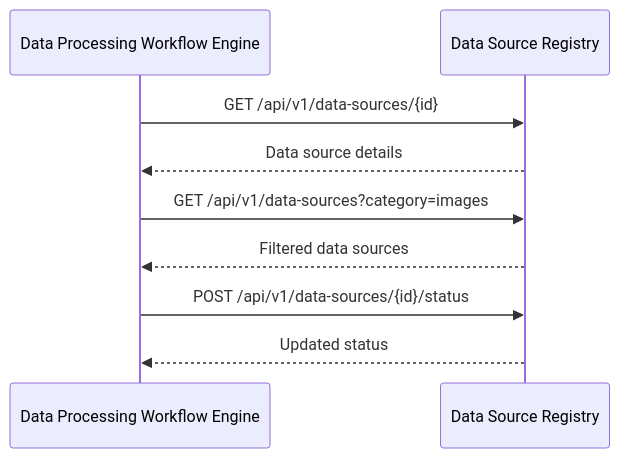
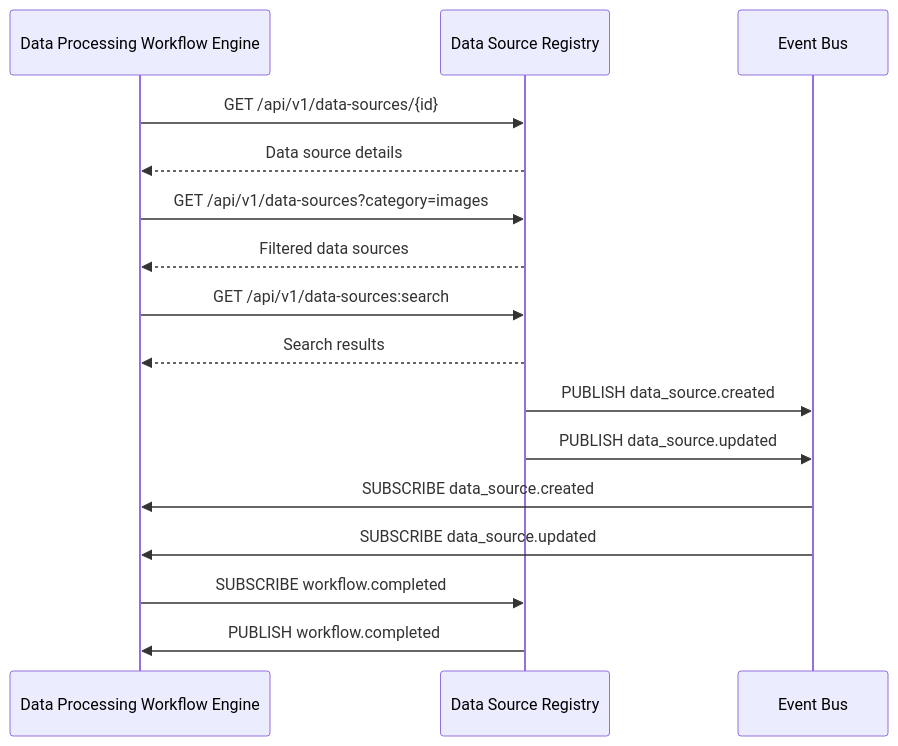
The second of 4 diagrams in doc/ch1.md (iiooiioo888/god_fo_python), drawn with Mermaid before and after one commit. The commit also changed other lines of this file, not shown here.

````diff
--- a/doc/ch1.md
+++ b/doc/ch1.md
@@ -1721,14 +3209,23 @@
 ```mermaid
 sequenceDiagram
     participant DPWE as Data Processing Workflow Engine
     participant DSR as Data Source Registry
+    participant EventBus as Event Bus
     
     DPWE->>DSR: GET /api/v1/data-sources/{id}
     DSR-->>DPWE: Data source details
     
     DPWE->>DSR: GET /api/v1/data-sources?category=images
     DSR-->>DPWE: Filtered data sources
     
-    DPWE->>DSR: POST /api/v1/data-sources/{id}/status
-    DSR-->>DPWE: Updated status
+    DPWE->>DSR: GET /api/v1/data-sources:search
+    DSR-->>DPWE: Search results
+    
+    DSR->>EventBus: PUBLISH data_source.created
+    DSR->>EventBus: PUBLISH data_source.updated
+    EventBus->>DPWE: SUBSCRIBE data_source.created
+    EventBus->>DPWE: SUBSCRIBE data_source.updated
+    
+    DPWE->>DSR: SUBSCRIBE workflow.completed
+    DSR->>DPWE: PUBLISH workflow.completed
 ```
````
